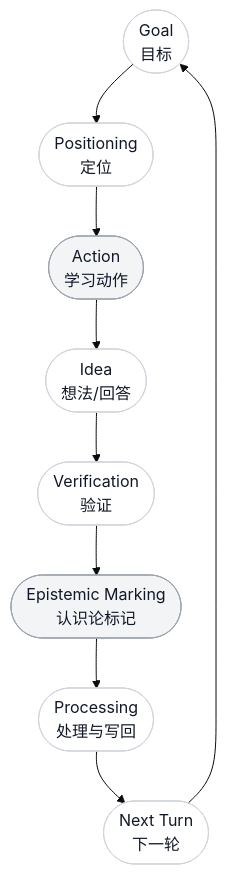
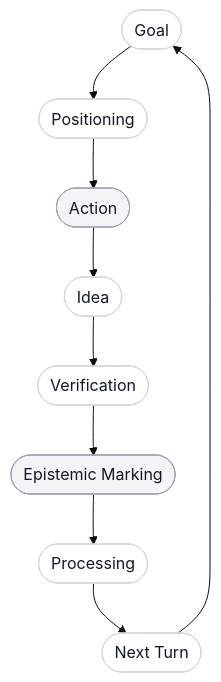
One commit to GuoChencheng/AI-learning-OS changed the first of 2 diagrams in README.md. Above: the diagram before and after it, drawn with Mermaid (base theme). The commit also changed other lines of this file, not shown here.

````diff
--- a/README.md
+++ b/README.md
@@ -69,18 +88,16 @@
 ```mermaid
 graph TD
-  A([Goal<br/>目标]) --> B([Positioning<br/>定位])
-  B --> C([Action<br/>学习动作])
-  C --> D([Idea<br/>想法/回答])
-  D --> E([Verification<br/>验证])
-  E --> F([Epistemic Marking<br/>认识论标记])
-  F --> G([Processing<br/>处理与写回])
-  G --> H([Next Turn<br/>下一轮])
+  A([Goal]) --> B([Positioning])
+  B --> C([Action])
+  C --> D([Idea])
+  D --> E([Verification])
+  E --> F([Epistemic Marking])
+  F --> G([Processing])
+  G --> H([Next Turn])
   H --> A
 
   classDef quiet fill:#ffffff,stroke:#d1d5db,color:#111827,stroke-width:1px;
-  classDef soft fill:#f8fafc,stroke:#d1d5db,color:#111827,stroke-width:1px;
-
   class A,B,C,D,E,F,G,H quiet;
   style C fill:#f3f4f6,stroke:#9ca3af
   style F fill:#f3f4f6,stroke:#9ca3af
 ```
````
